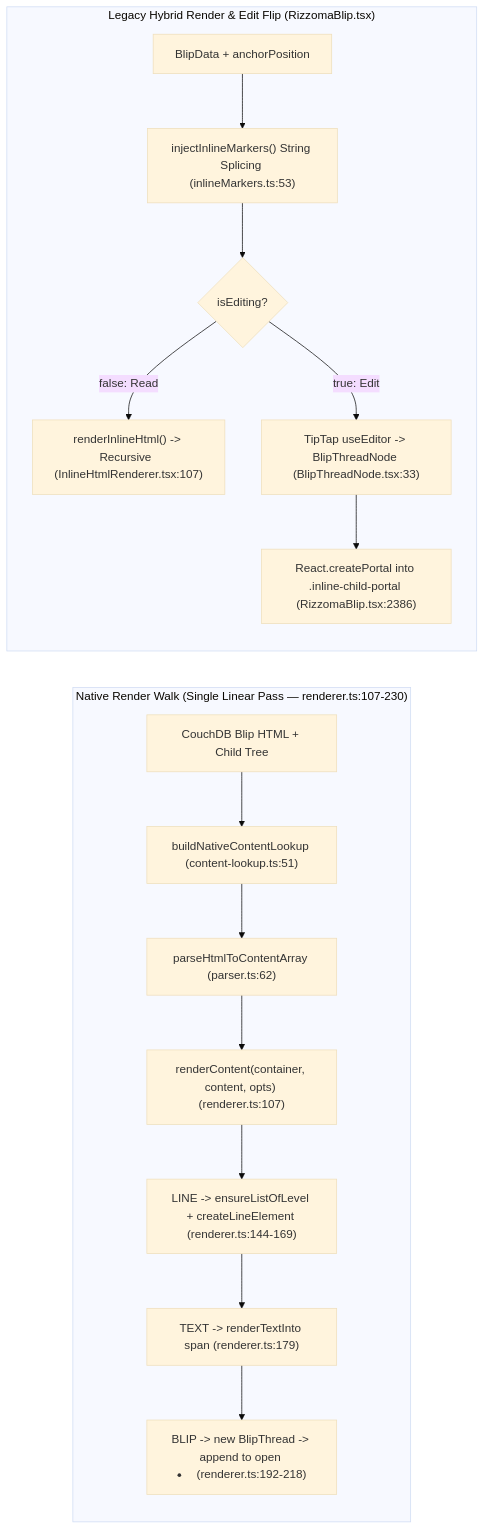
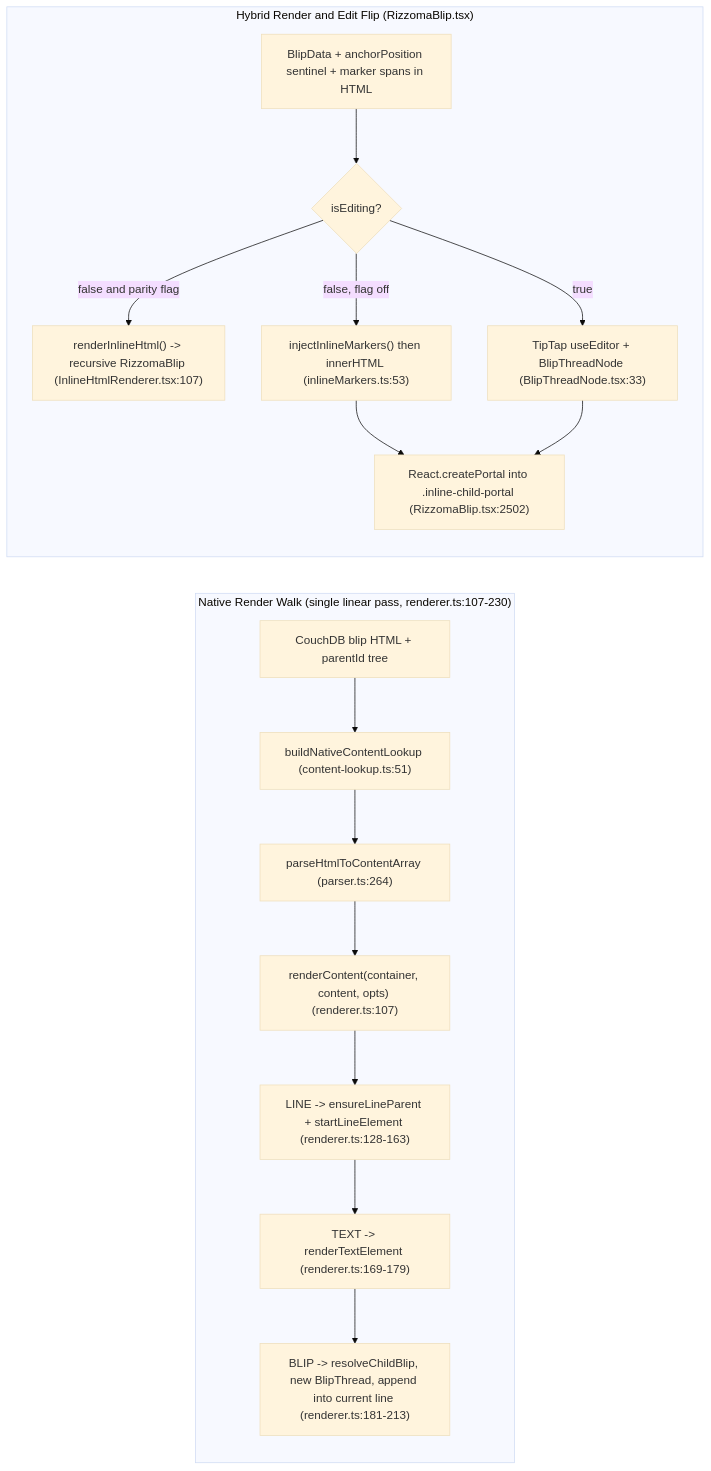
The second of 2 diagrams in wiki/architecture/content-array-vs-react-hybrid.md (HCSS-StratBase/rizzoma), drawn with Mermaid (base theme) before and after one commit. The commit also changed other lines of this file and 17 other files, not shown here.

````diff
--- a/wiki/architecture/content-array-vs-react-hybrid.md
+++ b/wiki/architecture/content-array-vs-react-hybrid.md
@@ -87,19 +91,20 @@
 ```mermaid
 graph LR
-    subgraph NATIVE_FLOW["Native Render Walk (Single Linear Pass — renderer.ts:107-230)"]
-        N_HTML["CouchDB Blip HTML + Child Tree"] --> N_LOOKUP["buildNativeContentLookup (content-lookup.ts:51)"]
-        N_LOOKUP --> N_PARSE["parseHtmlToContentArray (parser.ts:62)"]
+    subgraph NATIVE_FLOW["Native Render Walk (single linear pass, renderer.ts:107-230)"]
+        N_HTML["CouchDB blip HTML + parentId tree"] --> N_LOOKUP["buildNativeContentLookup (content-lookup.ts:51)"]
+        N_LOOKUP --> N_PARSE["parseHtmlToContentArray (parser.ts:264)"]
         N_PARSE --> N_WALK["renderContent(container, content, opts) (renderer.ts:107)"]
-        N_WALK --> N_LINE["LINE -> ensureListOfLevel + createLineElement (renderer.ts:144-169)"]
-        N_LINE --> N_TEXT["TEXT -> renderTextInto span (renderer.ts:179)"]
-        N_TEXT --> N_BLIP["BLIP -> new BlipThread -> append to open <li> (renderer.ts:192-218)"]
+        N_WALK --> N_LINE["LINE -> ensureLineParent + startLineElement (renderer.ts:128-163)"]
+        N_LINE --> N_TEXT["TEXT -> renderTextElement (renderer.ts:169-179)"]
+        N_TEXT --> N_BLIP["BLIP -> resolveChildBlip, new BlipThread, append into current line (renderer.ts:181-213)"]
     end
 
-    subgraph HYBRID_FLOW["Legacy Hybrid Render & Edit Flip (RizzomaBlip.tsx)"]
-        H_DATA["BlipData + anchorPosition"] --> H_INJECT["injectInlineMarkers() String Splicing (inlineMarkers.ts:53)"]
-        H_INJECT --> H_MODE{"isEditing?"}
-        H_MODE -->|false: Read| H_IHR["renderInlineHtml() -> Recursive <RizzomaBlip> (InlineHtmlRenderer.tsx:107)"]
-        H_MODE -->|true: Edit| H_TIPTAP["TipTap useEditor -> BlipThreadNode (BlipThreadNode.tsx:33)"]
-        H_TIPTAP --> H_PORTAL["React.createPortal into .inline-child-portal (RizzomaBlip.tsx:2386)"]
+    subgraph HYBRID_FLOW["Hybrid Render and Edit Flip (RizzomaBlip.tsx)"]
+        H_DATA["BlipData + anchorPosition sentinel + marker spans in HTML"] --> H_MODE{"isEditing?"}
+        H_MODE -->|false and parity flag| H_IHR["renderInlineHtml() -> recursive RizzomaBlip (InlineHtmlRenderer.tsx:107)"]
+        H_MODE -->|false, flag off| H_INJECT["injectInlineMarkers() then innerHTML (inlineMarkers.ts:53)"]
+        H_MODE -->|true| H_TIPTAP["TipTap useEditor + BlipThreadNode (BlipThreadNode.tsx:33)"]
+        H_INJECT --> H_PORTAL["React.createPortal into .inline-child-portal (RizzomaBlip.tsx:2502)"]
+        H_TIPTAP --> H_PORTAL
     end
 ```
````
